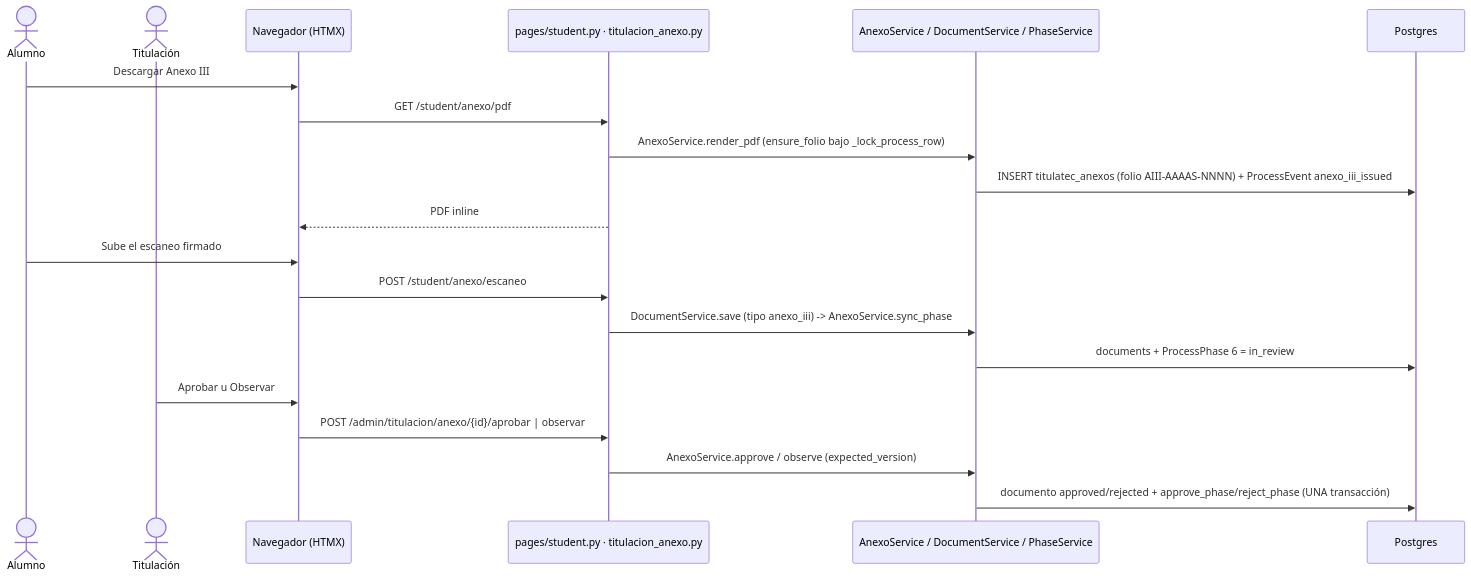
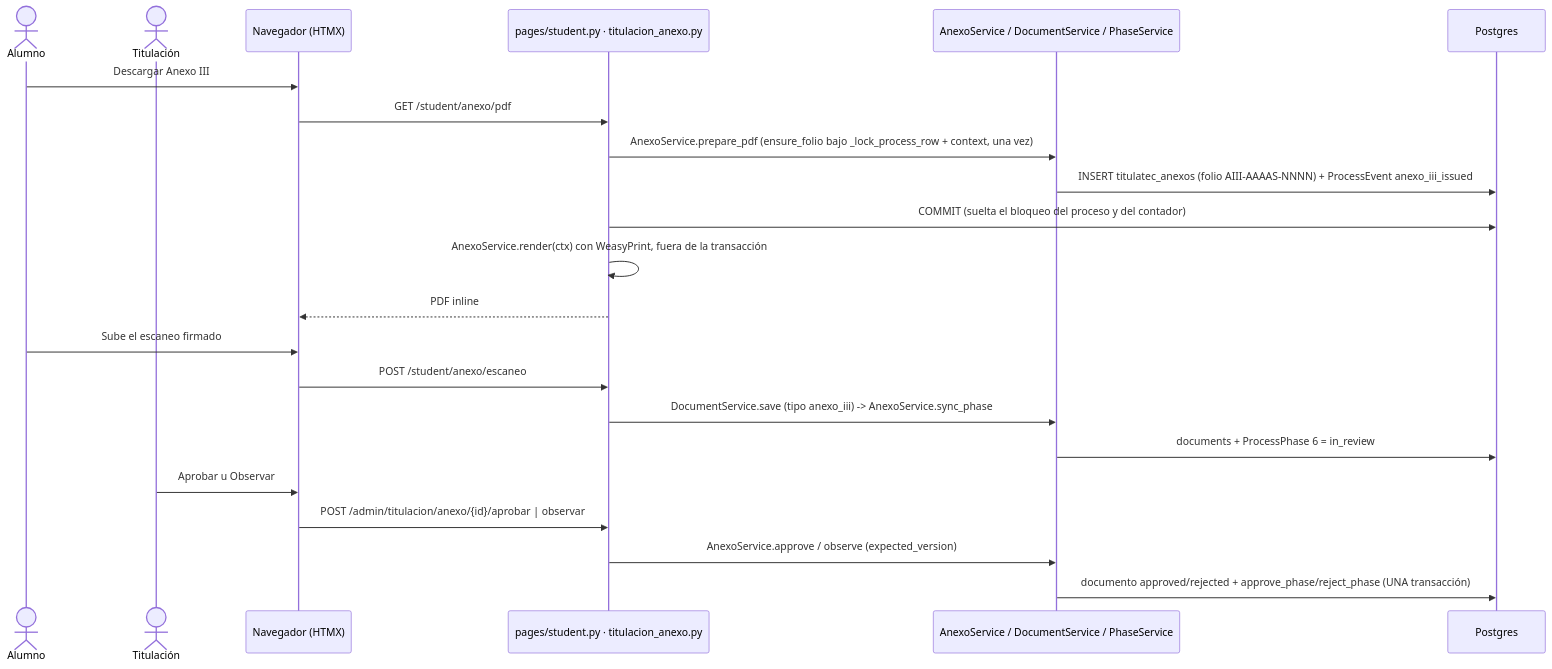
The diagram in itcj2/apps/titulatec/docs/flows/phase6_anexo_iii.md (Erne1357/itcj), drawn with Mermaid before and after one commit. The commit also changed other lines of this file and 1 other file, not shown here.

First line of the commit message:
docs(titulatec): flujo del Anexo III al día con la revisión final de la fase 6

````diff
--- a/itcj2/apps/titulatec/docs/flows/phase6_anexo_iii.md
+++ b/itcj2/apps/titulatec/docs/flows/phase6_anexo_iii.md
@@ -23,22 +23,24 @@
 ```mermaid
 sequenceDiagram
     actor A as Alumno
     actor T as Titulación
     participant FE as Navegador (HTMX)
     participant API as pages/student.py · titulacion_anexo.py
     participant SVC as AnexoService / DocumentService / PhaseService
     participant DB as Postgres
     A->>FE: Descargar Anexo III
     FE->>API: GET /student/anexo/pdf
-    API->>SVC: AnexoService.render_pdf (ensure_folio bajo _lock_process_row)
+    API->>SVC: AnexoService.prepare_pdf (ensure_folio bajo _lock_process_row + context, una vez)
     SVC->>DB: INSERT titulatec_anexos (folio AIII-AAAAS-NNNN) + ProcessEvent anexo_iii_issued
+    API->>DB: COMMIT (suelta el bloqueo del proceso y del contador)
+    API->>API: AnexoService.render(ctx) con WeasyPrint, fuera de la transacción
     API-->>FE: PDF inline
     A->>FE: Sube el escaneo firmado
     FE->>API: POST /student/anexo/escaneo
     API->>SVC: DocumentService.save (tipo anexo_iii) -> AnexoService.sync_phase
     SVC->>DB: documents + ProcessPhase 6 = in_review
     T->>FE: Aprobar u Observar
     FE->>API: POST /admin/titulacion/anexo/{id}/aprobar | observar
     API->>SVC: AnexoService.approve / observe (expected_version)
     SVC->>DB: documento approved/rejected + approve_phase/reject_phase (UNA transacción)
 ```
````
